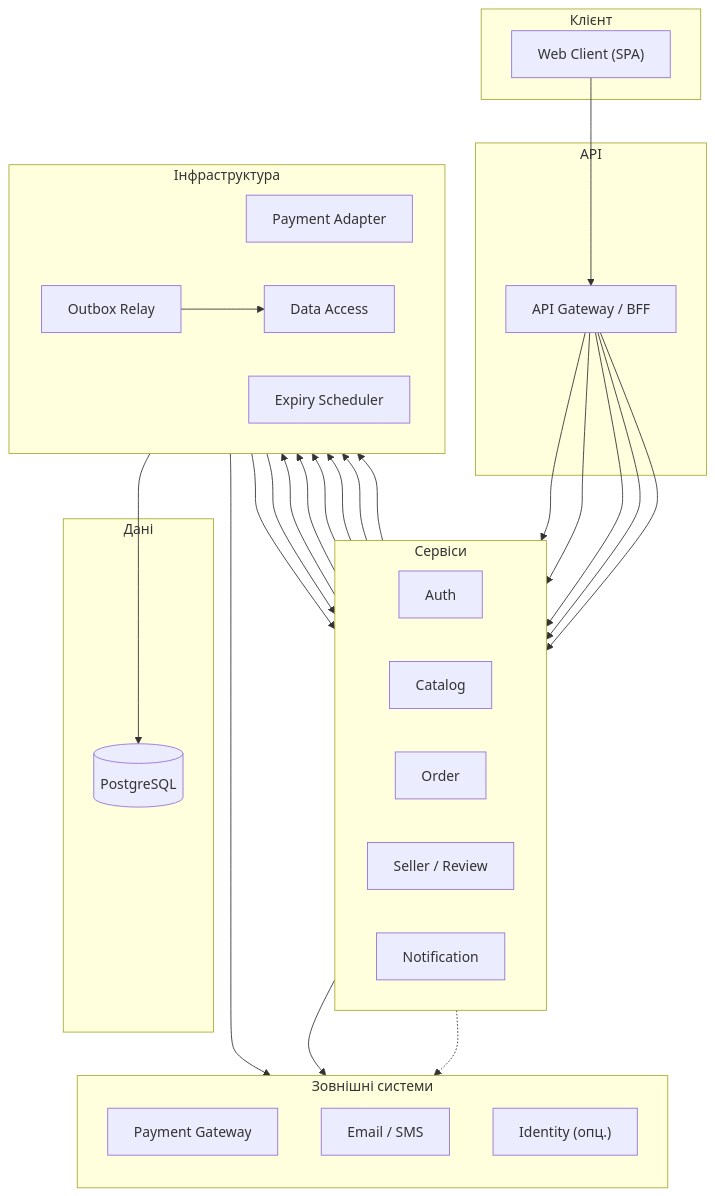
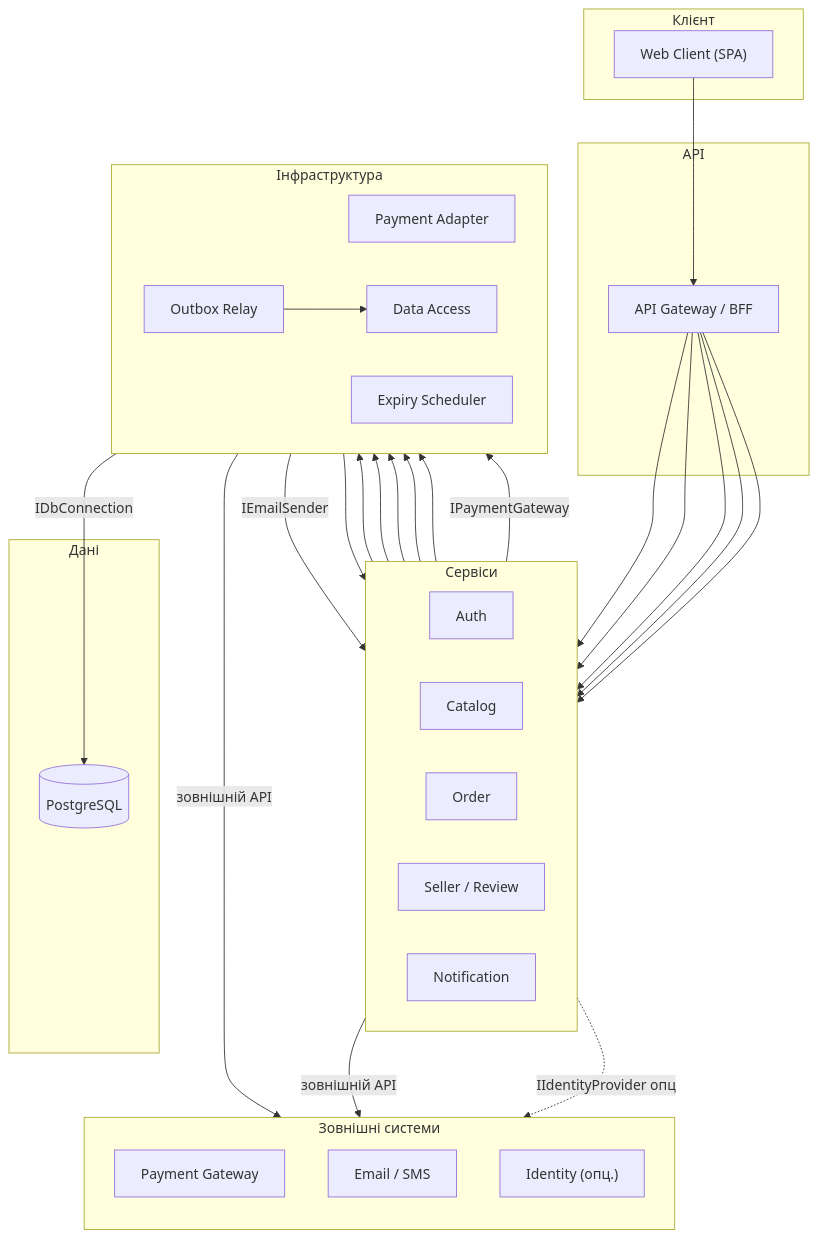
Before and after one commit to Stefect/Modeling-and-Analysis-of-Software-Requirements: the diagram in task-5/component.md, drawn with Mermaid.

Commit message:
refactor: labels тільки до зовнішніх інтеграцій і БД

````diff
--- a/task-5/component.md
+++ b/task-5/component.md
@@ -9,70 +9,71 @@
 ```mermaid
 %%{init: {'flowchart': {'curve': 'basis'}}}%%
 flowchart TB
     %% --- Клієнт ---
     subgraph Client["Клієнт"]
         WebClient["Web Client (SPA)"]
     end
 
     %% --- API ---
     subgraph API["API"]
         Gateway["API Gateway / BFF"]
     end
 
     %% --- Сервіси ---
     subgraph Services["Сервіси"]
         direction LR
         AuthService["Auth"]
         CatalogService["Catalog"]
         OrderService["Order"]
         SellerReviewService["Seller / Review"]
         NotificationService["Notification"]
     end
 
     %% --- Інфраструктура ---
     subgraph Infra["Інфраструктура"]
         direction LR
         PaymentAdapter["Payment Adapter"]
         OutboxRelay["Outbox Relay"]
         ExpiryScheduler["Expiry Scheduler"]
         DataAccess["Data Access"]
     end
 
     %% --- Дані ---
     subgraph Data["Дані"]
         Database[("PostgreSQL")]
     end
 
     %% --- Зовнішні ---
     subgraph External["Зовнішні системи"]
         direction TB
         PaymentGateway["Payment Gateway"]
         EmailProvider["Email / SMS"]
         IdentityProvider["Identity (опц.)"]
     end
 
     %% --- Зв'язки (основний потік) ---
     WebClient --> Gateway
     Gateway --> AuthService
     Gateway --> CatalogService
     Gateway --> OrderService
     Gateway --> SellerReviewService
     Gateway --> NotificationService
 
     AuthService --> DataAccess
     CatalogService --> DataAccess
     OrderService --> DataAccess
     SellerReviewService --> DataAccess
 
-    OrderService --> PaymentAdapter
     OrderService --> OutboxRelay
     OutboxRelay --> DataAccess
-    OutboxRelay --> NotificationService
+    OutboxRelay -->|IEmailSender| NotificationService
     ExpiryScheduler --> OrderService
 
-    PaymentAdapter --> PaymentGateway
-    NotificationService --> EmailProvider
-    AuthService -.-> IdentityProvider
+    PaymentAdapter -->|зовнішній API| PaymentGateway
+    NotificationService -->|зовнішній API| EmailProvider
+    AuthService -.->|IIdentityProvider опц| IdentityProvider
 
-    DataAccess --> Database
+    DataAccess -->|IDbConnection| Database
+
+    OrderService -->|IPaymentGateway| PaymentAdapter
 ```
````
